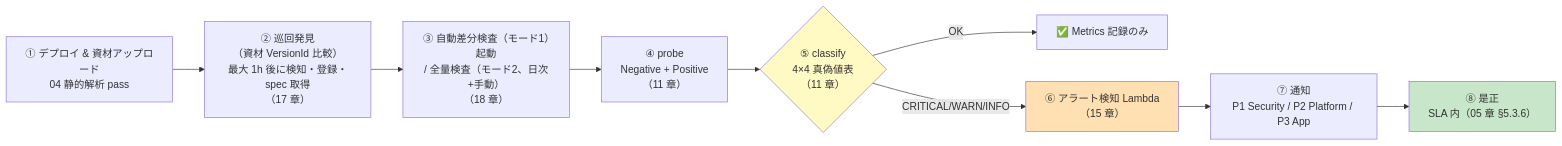
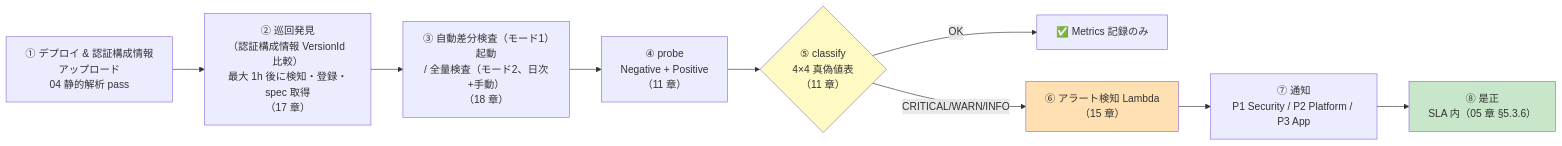
One commit to suepie/aws-atuh-poc changed the third of 7 diagrams in doc/api-platform/basic-design/10-external-monitoring-overview.md. Above: the diagram before and after it, drawn with Mermaid. The commit also changed other lines of this file and 18 other files, not shown here.

````diff
--- a/doc/api-platform/basic-design/10-external-monitoring-overview.md
+++ b/doc/api-platform/basic-design/10-external-monitoring-overview.md
@@ -172,14 +174,14 @@
 ```mermaid
 flowchart LR
-    D["① デプロイ & 資材アップロード<br/>04 静的解析 pass"] --> R["② 巡回発見<br/>（資材 VersionId 比較）<br/>最大 1h 後に検知・登録・spec 取得<br/>（17 章）"]
+    D["① デプロイ & 認証構成情報アップロード<br/>04 静的解析 pass"] --> R["② 巡回発見<br/>（認証構成情報 VersionId 比較）<br/>最大 1h 後に検知・登録・spec 取得<br/>（17 章）"]
     R --> T["③ 自動差分検査（モード1）起動<br/>/ 全量検査（モード2、日次+手動）<br/>（18 章）"]
     T --> P["④ probe<br/>Negative + Positive<br/>（11 章）"]
     P --> C{"⑤ classify<br/>4×4 真偽値表<br/>（11 章）"}
     C -->|OK| OK["✅ Metrics 記録のみ"]
     C -->|CRITICAL/WARN/INFO| A["⑥ アラート検知 Lambda<br/>（15 章）"]
     A --> N["⑦ 通知<br/>P1 Security / P2 Platform / P3 App"]
     N --> FIX["⑧ 是正<br/>SLA 内（05 章 §5.3.6）"]
     style C fill:#fff9c4
     style A fill:#ffe0b2
     style FIX fill:#c8e6c9
 ```
````
